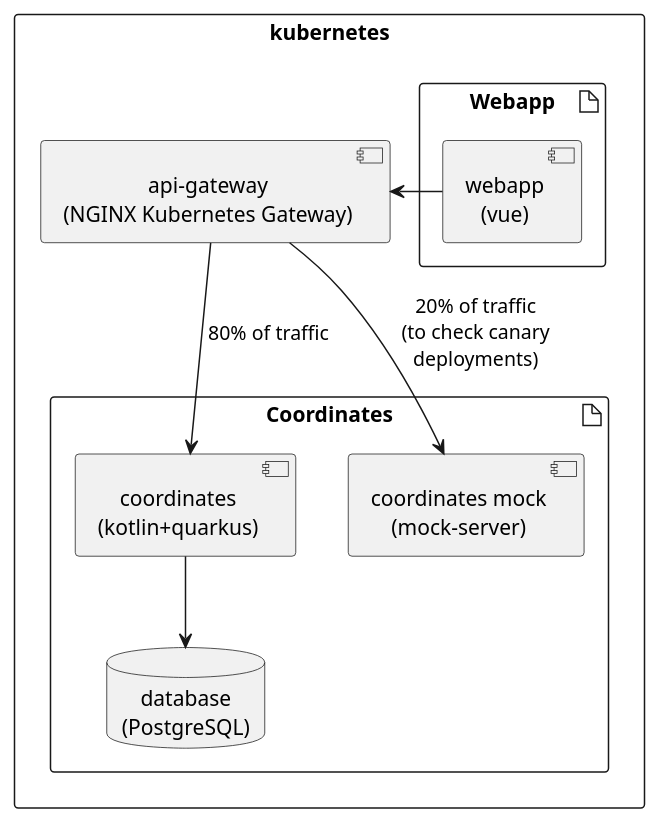
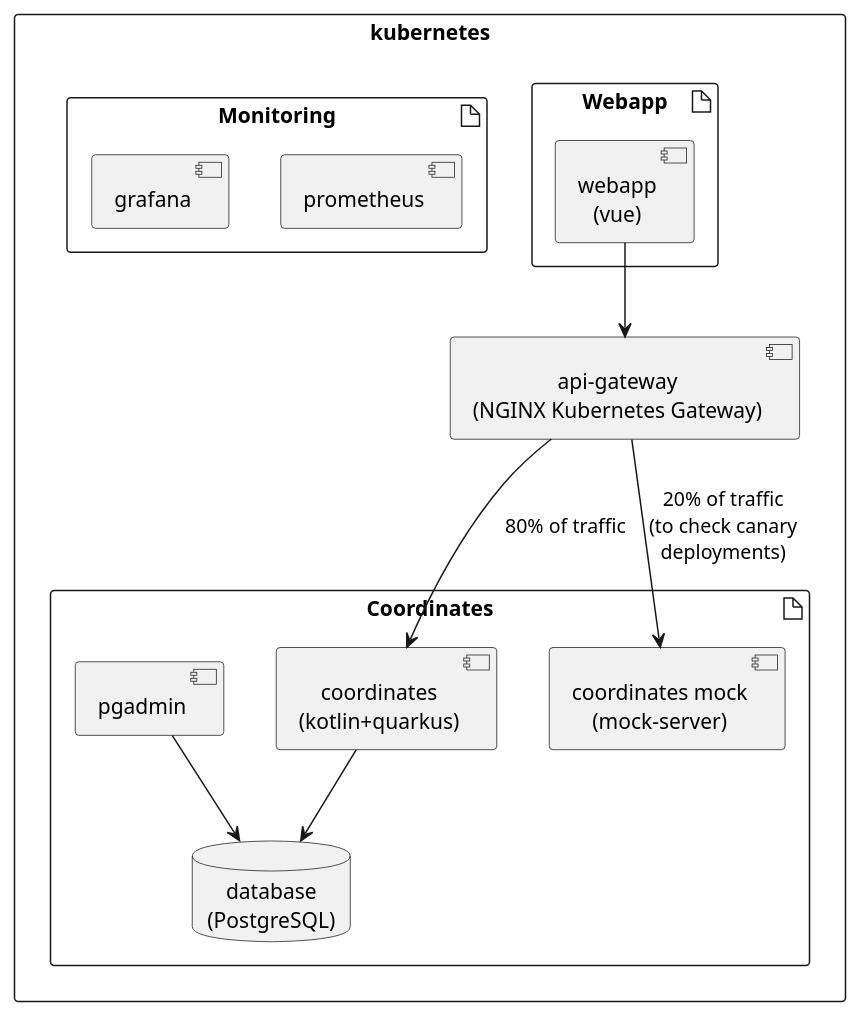
Before and after one commit to illegal-dump/.github: the diagram in architecture.puml, drawn with PlantUML. The commit also changed 5 other files, not shown here.

Commit message:
prometheus + grafana

```diff
--- a/architecture.puml
+++ b/architecture.puml
@@ -1,50 +1,52 @@
 @startuml
 skinparam defaultTextAlignment center
 
 ' ---
 
 rectangle kubernetes {
 
 artifact Webapp {
     [webapp\n(vue)] as webapp
 }
 
 ' [mobileapp] as mobileapp
 
 [api-gateway\n(NGINX Kubernetes Gateway)] as apigateway
 
 artifact Coordinates {
     [coordinates\n(kotlin+quarkus)] as coordinates
     ' [coordinates reporter] as coordinatesreporter
     [coordinates mock\n(mock-server)] as coordinatesmock
+    [pgadmin] as pgadmin
     database "database\n(PostgreSQL)" as database {
     }
 }
 
-' artifact Monitoring {
-    ' [prometheus] as prometheus
-    ' [grafana] as grafana
-' }
+artifact Monitoring {
+    [prometheus] as prometheus
+    [grafana] as grafana
+}
 
 ' queue [events\n(kafka)] as events{
     ' 
 ' }
 
 }
 
 ' ---
 
-webapp -right-> apigateway
+webapp --> apigateway
 
 ' apigateway --> coordinatesreporter
 apigateway --> coordinatesmock : 20% of traffic\n(to check canary\ndeployments)
 apigateway --> coordinates : 80% of traffic
 
 coordinates --> database
+pgadmin --> database
 ' coordinates -left-> events
 
 ' mobileapp --> apigateway 
 
 ' coordinatesreporter -left-> events
 
 @enduml
```
